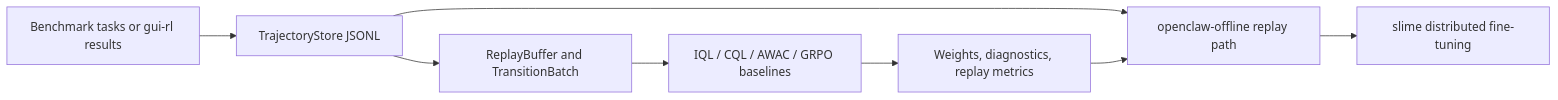
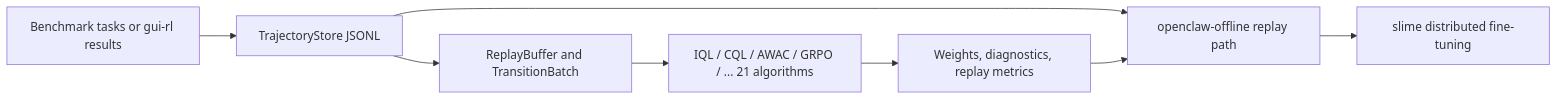
The diagram in README.md (MING-ZCH/OpenClaw-RL-Offline), drawn with Mermaid before and after one commit. The commit also changed other lines of this file and 3 other files, not shown here.

````diff
--- a/README.md
+++ b/README.md
@@ -21,10 +21,10 @@
 ```mermaid
 flowchart LR
 	A[Benchmark tasks or gui-rl results] --> B[TrajectoryStore JSONL]
 	B --> C[ReplayBuffer and TransitionBatch]
-	C --> D[IQL / CQL / AWAC / GRPO baselines]
+	C --> D[IQL / CQL / AWAC / GRPO / ... 21 algorithms]
 	D --> E[Weights, diagnostics, replay metrics]
 	B --> F[openclaw-offline replay path]
 	E --> F
 	F --> G[slime distributed fine-tuning]
 ```
````
